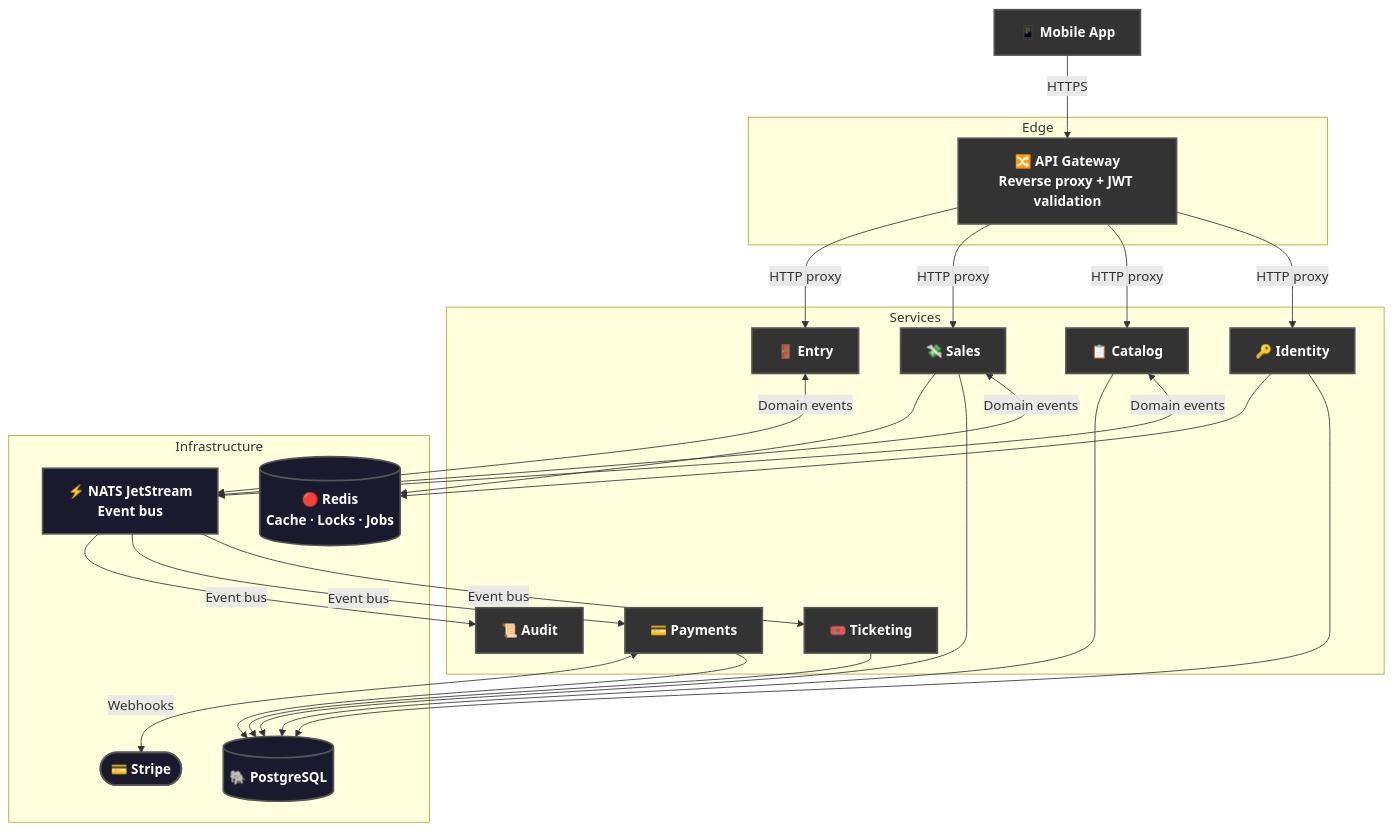
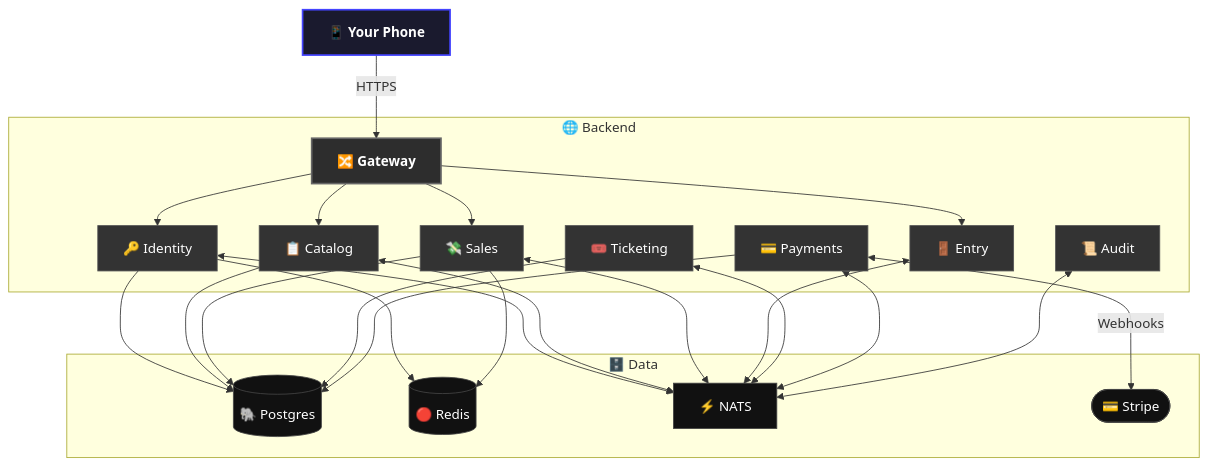
The diagram in README.md (cristiangilsanz/qrew), drawn with Mermaid before and after one commit. The commit also changed other lines of this file and 1 other file, not shown here.

Commit message:
docs: simplify README mermaid, expand architecture/overview.md diagram
README: friendly high-level diagram, 3 layers, clean emoji nodes
overview.md: full diagram with workers, all service ports, all DB
connections, external services (Stripe, Twilio, Maps), WebSocket hub,
scanner client, and typed styles per node category

````diff
--- a/README.md
+++ b/README.md
@@ -29,48 +29,34 @@
 ```mermaid
 flowchart TB
-    app["📱 Mobile App"]:::nodeStyle
+    phone["📱 Your Phone"]:::app
 
-    subgraph Edge
-        gw["🔀 API Gateway\nReverse proxy + JWT validation"]:::nodeStyle
+    subgraph "🌐 Backend"
+        gw["🔀 Gateway"]:::edge
+        identity["🔑 Identity"]:::svc
+        catalog["📋 Catalog"]:::svc
+        sales["💸 Sales"]:::svc
+        ticketing["🎟️ Ticketing"]:::svc
+        payments["💳 Payments"]:::svc
+        entry["🚪 Entry"]:::svc
+        audit["📜 Audit"]:::svc
     end
 
-    subgraph Services
-        identity["🔑 Identity"]:::nodeStyle
-        catalog["📋 Catalog"]:::nodeStyle
-        sales["💸 Sales"]:::nodeStyle
-        ticketing["🎟️ Ticketing"]:::nodeStyle
-        payments["💳 Payments"]:::nodeStyle
-        entry["🚪 Entry"]:::nodeStyle
-        audit["📜 Audit"]:::nodeStyle
+    subgraph "🗄️ Data"
+        pg[("🐘 Postgres")]:::infra
+        redis[("🔴 Redis")]:::infra
+        nats["⚡ NATS"]:::infra
+        stripe(["💳 Stripe"]):::infra
     end
 
-    subgraph Infrastructure
-        pg[("🐘 PostgreSQL")]:::infraStyle
-        nats["⚡ NATS JetStream\nEvent bus"]:::infraStyle
-        redis[("🔴 Redis\nCache · Locks · Jobs")]:::infraStyle
-        stripe(["💳 Stripe"]):::infraStyle
-    end
-
-    app -->|"HTTPS"| gw
-    gw -->|"HTTP proxy"| identity
-    gw -->|"HTTP proxy"| catalog
-    gw -->|"HTTP proxy"| sales
-    gw -->|"HTTP proxy"| entry
-    catalog <-->|"Domain events"| nats
-    sales <-->|"Domain events"| nats
-    entry <-->|"Domain events"| nats
-    nats -->|"Event bus"| ticketing
-    nats -->|"Event bus"| payments
-    nats -->|"Event bus"| audit
-    identity --> pg
-    catalog --> pg
-    sales --> pg
-    ticketing --> pg
-    payments --> pg
-    identity --> redis
-    sales --> redis
+    phone -->|"HTTPS"| gw
+    gw --> identity & catalog & sales & entry
+    identity & catalog & sales & entry & ticketing & payments & audit <--> nats
+    identity & catalog & sales & ticketing & payments --> pg
+    identity & sales --> redis
     payments <-->|"Webhooks"| stripe
 
-    classDef nodeStyle fill:#333333,color:#ffffff,stroke:#555555,stroke-width:2px,font-weight:bold
-    classDef infraStyle fill:#1a1a2e,color:#ffffff,stroke:#555555,stroke-width:2px,font-weight:bold
+    classDef app fill:#1a1a2e,color:#fff,stroke:#4444ff,stroke-width:2px,font-weight:bold
+    classDef edge fill:#2d2d2d,color:#fff,stroke:#666,stroke-width:2px,font-weight:bold
+    classDef svc fill:#333,color:#fff,stroke:#555,stroke-width:1px
+    classDef infra fill:#111,color:#fff,stroke:#444,stroke-width:1px
 ```
````
